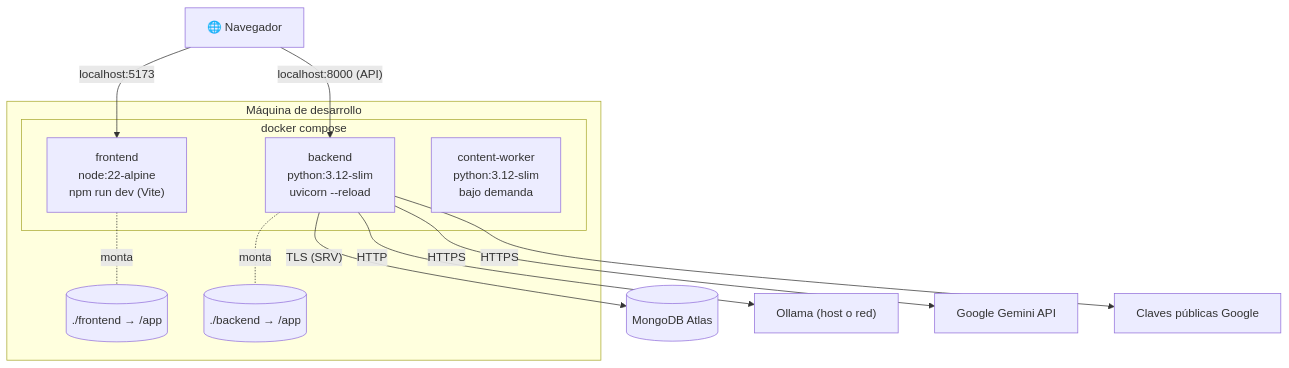
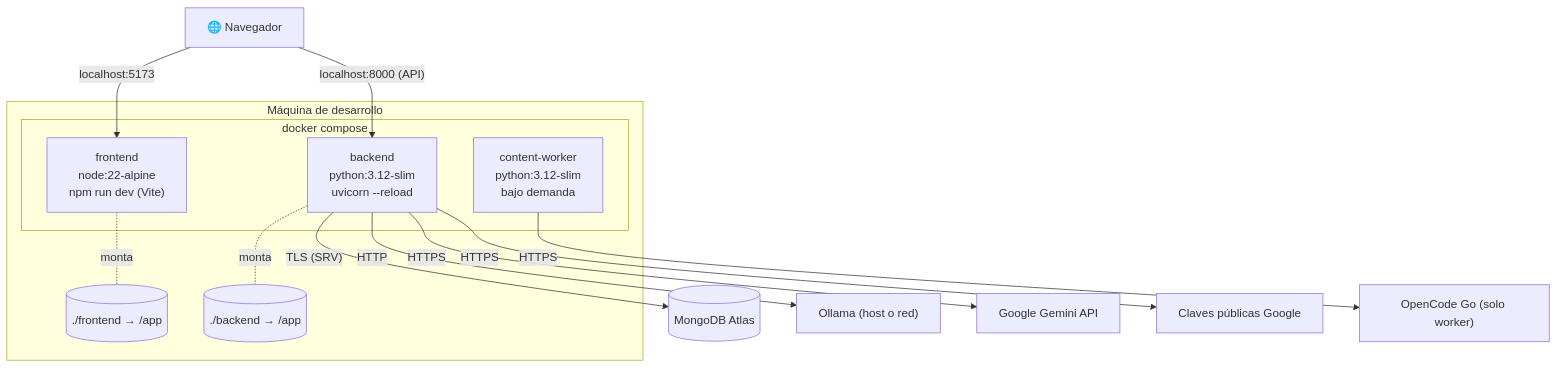
Before and after one commit to Lemur-Driver/LemurCopilot: the diagram in docs/08-despliegue-y-configuracion.md, drawn with Mermaid. The commit also changed other lines of this file and 16 other files, not shown here.

````diff
--- a/docs/08-despliegue-y-configuracion.md
+++ b/docs/08-despliegue-y-configuracion.md
@@ -11,21 +11,22 @@
 ```mermaid
 flowchart TB
     subgraph Host["Máquina de desarrollo"]
         subgraph Compose["docker compose"]
             FE["frontend<br/>node:22-alpine<br/>npm run dev (Vite)"]
             BE["backend<br/>python:3.12-slim<br/>uvicorn --reload"]
             CW["content-worker<br/>python:3.12-slim<br/>bajo demanda"]
         end
         VOL1[("./frontend → /app")]
         VOL2[("./backend → /app")]
     end
 
     Browser["🌐 Navegador"] -->|"localhost:5173"| FE
     Browser -->|"localhost:8000 (API)"| BE
     FE -.monta.- VOL1
     BE -.monta.- VOL2
     BE -->|"TLS (SRV)"| Atlas[("MongoDB Atlas")]
     BE -->|"HTTP"| Ollama["Ollama (host o red)"]
     BE -->|"HTTPS"| Gemini["Google Gemini API"]
+    CW -->|"HTTPS"| OpenCode["OpenCode Go (solo worker)"]
     BE -->|"HTTPS"| GoogleKeys["Claves públicas Google"]
 ```
````
